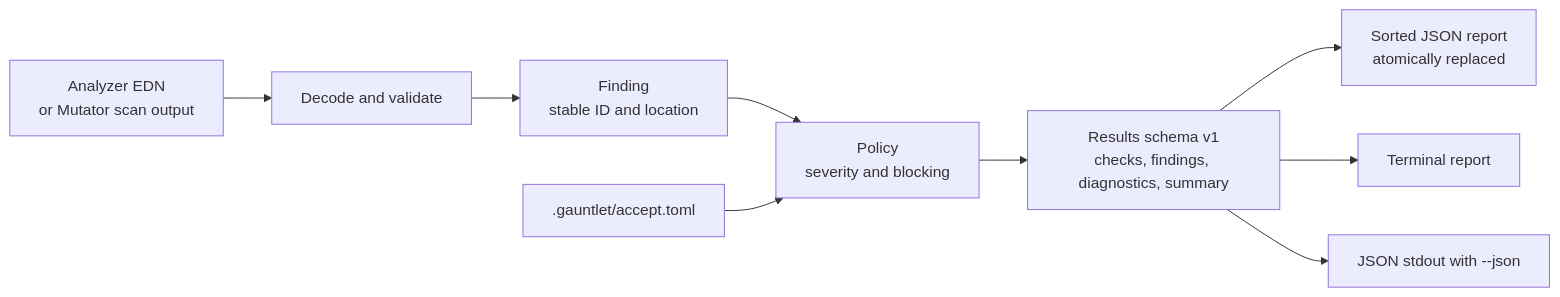
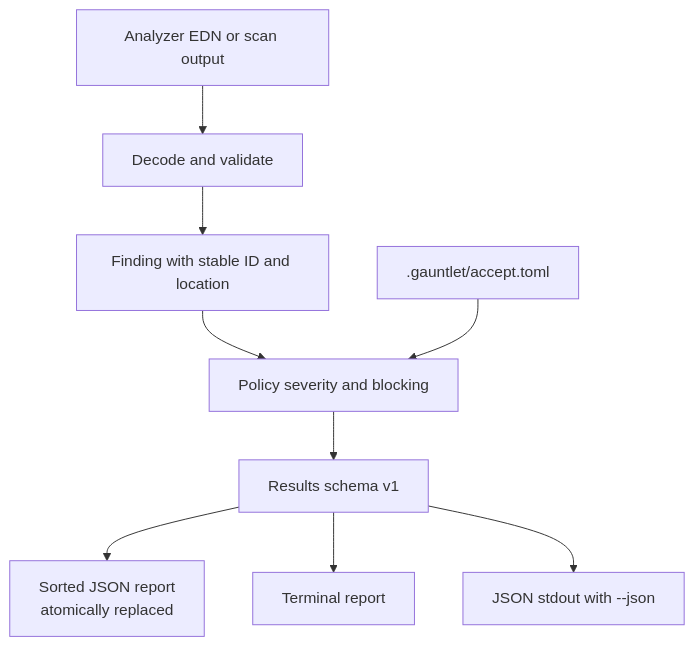
The third of 3 diagrams in docs/architecture.md (matheuseabra/gauntlet-cli), drawn with Mermaid before and after one commit. The commit also changed other lines of this file and 4 other files, not shown here.

````diff
--- a/docs/architecture.md
+++ b/docs/architecture.md
@@ -94,11 +88,11 @@
 ```mermaid
-flowchart LR
-    Raw["Analyzer EDN<br/>or Mutator scan output"] --> Adapter["Decode and validate"]
-    Adapter --> Finding["Finding<br/>stable ID and location"]
-    Finding --> Apply["Policy<br/>severity and blocking"]
+flowchart TB
+    Raw["Analyzer EDN or scan output"] --> Adapter["Decode and validate"]
+    Adapter --> Finding["Finding with stable ID and location"]
+    Finding --> Apply["Policy severity and blocking"]
     Accept[".gauntlet/accept.toml"] --> Apply
-    Apply --> Result["Results schema v1<br/>checks, findings, diagnostics, summary"]
+    Apply --> Result["Results schema v1"]
     Result --> JSON["Sorted JSON report<br/>atomically replaced"]
     Result --> Terminal["Terminal report"]
     Result --> Machine["JSON stdout with --json"]
 ```
````
